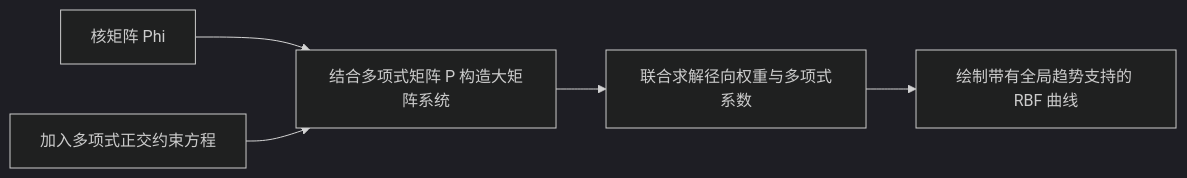
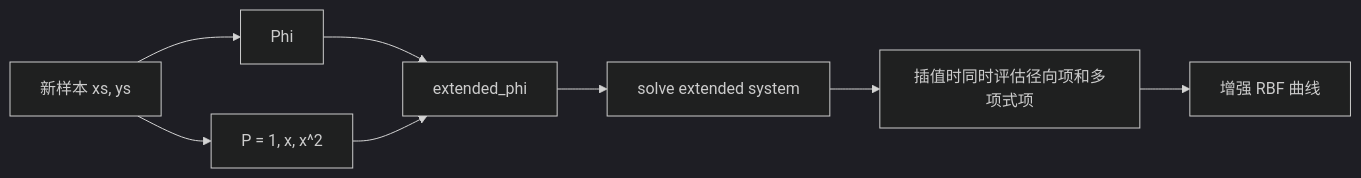
One commit to EvihGraphics/AnimationTech-HTC changed diagram 12 of 12 in docs/blog/Theory/radial_basis_function/README.md. Above: the diagram before and after it, drawn with Mermaid (dark theme). The commit also changed other lines of this file and 6 other files, not shown here.

````diff
--- a/docs/blog/Theory/radial_basis_function/README.md
+++ b/docs/blog/Theory/radial_basis_function/README.md
@@ -226,7 +263,10 @@
 ```mermaid
 flowchart LR
-    A[核矩阵 Phi] --> B[结合多项式矩阵 P 构造大矩阵系统]
-    C[加入多项式正交约束方程] --> B
-    B --> D[联合求解径向权重与多项式系数]
-    D --> E[绘制带有全局趋势支持的 RBF 曲线]
+    A[新样本 xs, ys] --> B[Phi]
+    A --> C[P = 1, x, x^2]
+    B --> D[extended_phi]
+    C --> D
+    D --> E[solve extended system]
+    E --> F[插值时同时评估径向项和多项式项]
+    F --> G[增强 RBF 曲线]
 ```
````
